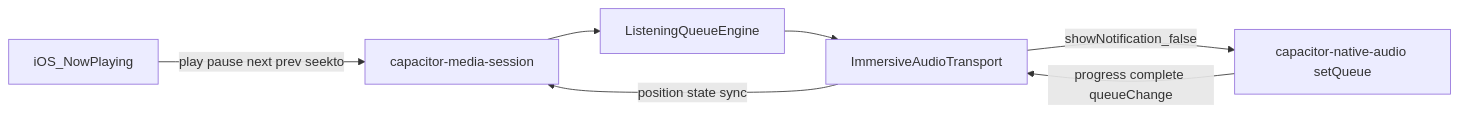
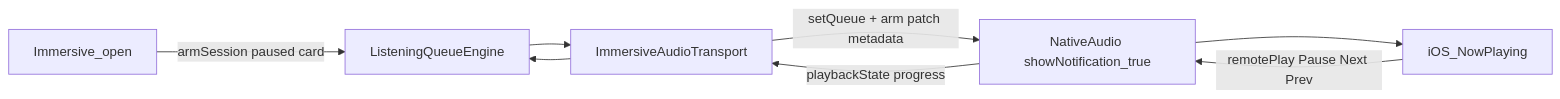
Before and after one commit to kirohuji/speakGuild: the diagram in docs/沉浸式iOS锁屏播放器.md, drawn with Mermaid. The commit also changed other lines of this file and 14 other files, not shown here.

First line of the commit message:
feat: Update immersive playback service and media session integration

````diff
--- a/docs/沉浸式iOS锁屏播放器.md
+++ b/docs/沉浸式iOS锁屏播放器.md
@@ -37,15 +42,16 @@
 ```mermaid
 flowchart LR
-  LockScreen[iOS_NowPlaying]
-  MediaSession["capacitor-media-session"]
+  ImmersiveOpen[Immersive_open]
   Engine[ListeningQueueEngine]
   Transport[ImmersiveAudioTransport]
-  NativeAudio["capacitor-native-audio setQueue"]
+  NativeAudio["NativeAudio showNotification_true"]
+  LockScreen[iOS_NowPlaying]
 
-  LockScreen -->|"play pause next prev seekto"| MediaSession
-  MediaSession --> Engine
+  ImmersiveOpen -->|"armSession paused card"| Engine
   Engine --> Transport
-  Transport -->|"showNotification_false"| NativeAudio
-  NativeAudio -->|"progress complete queueChange"| Transport
-  Transport -->|"position state sync"| MediaSession
+  Transport -->|"setQueue + arm patch metadata"| NativeAudio
+  NativeAudio --> LockScreen
+  LockScreen -->|"remotePlay Pause Next Prev"| NativeAudio
+  NativeAudio -->|"playbackState progress"| Transport
+  Transport --> Engine
 ```
````
